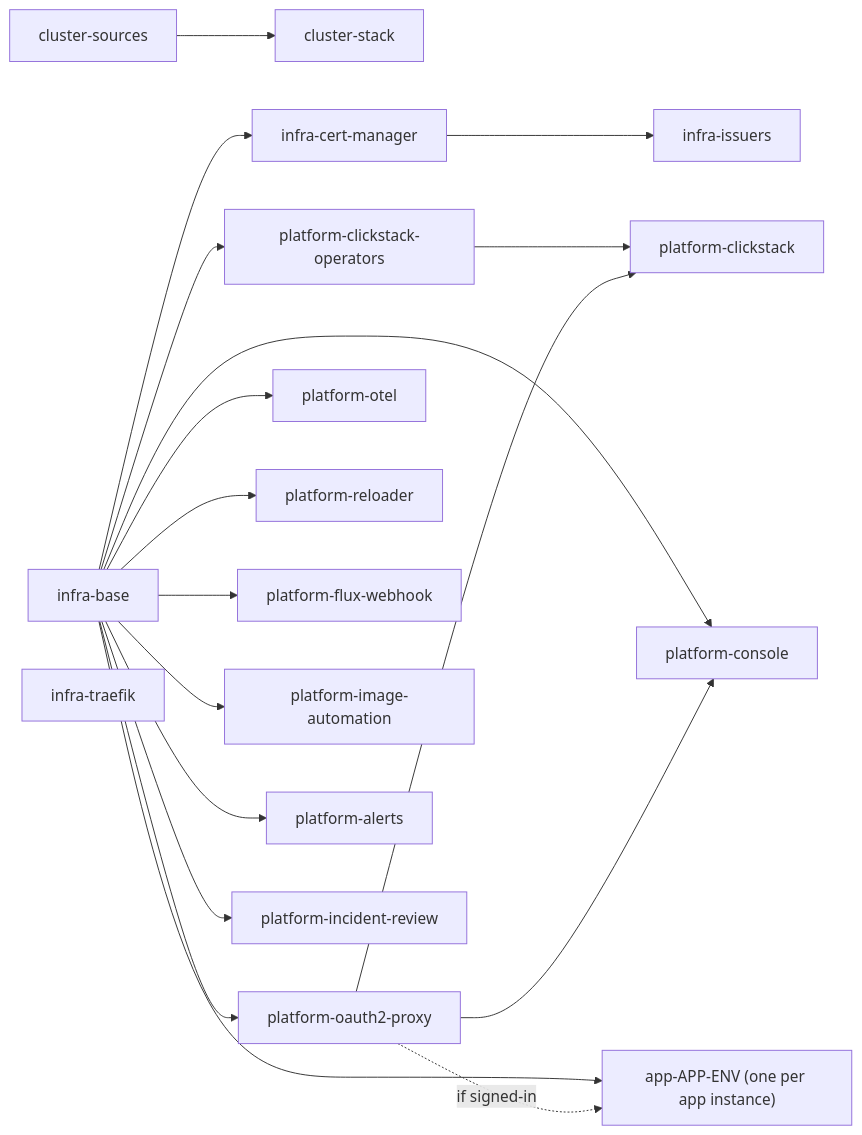
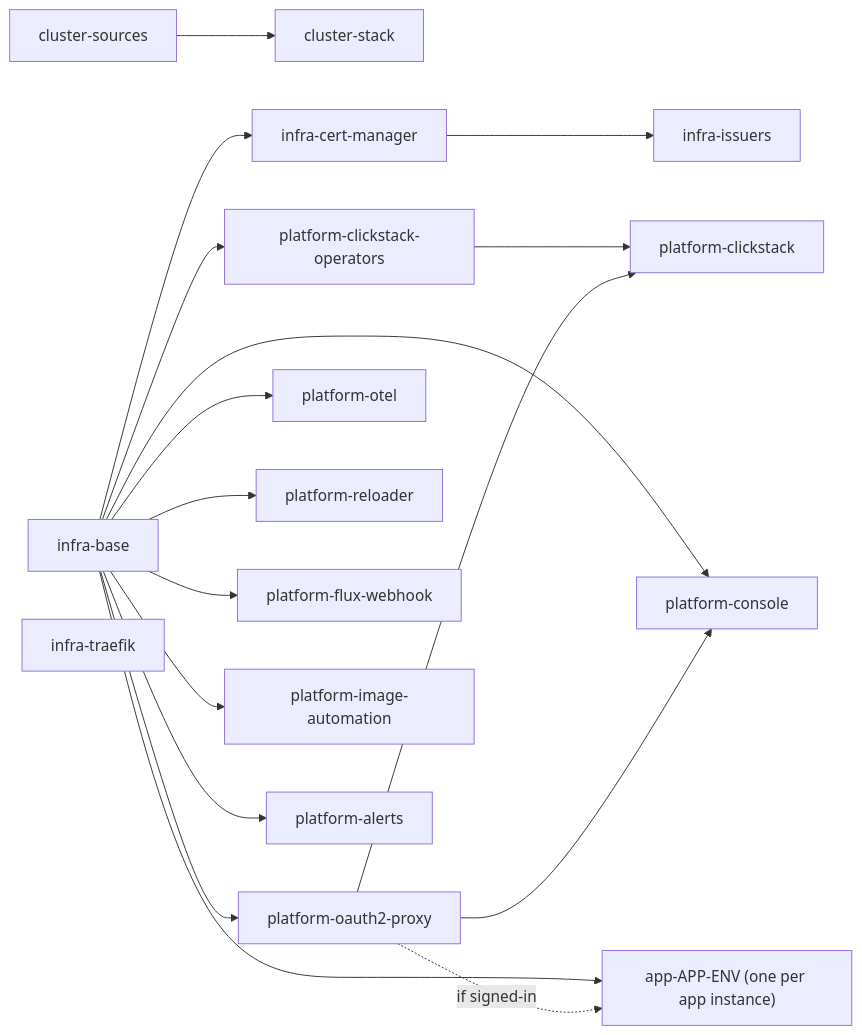
One commit to samclement/swhurl-platform changed the first of 5 diagrams in docs/architecture.md. Above: the diagram before and after it, drawn with Mermaid. The commit also changed other lines of this file and 6 other files, not shown here.

````diff
--- a/docs/architecture.md
+++ b/docs/architecture.md
@@ -32,19 +32,18 @@
 ```mermaid
 flowchart LR
   sources[cluster-sources] --> stack[cluster-stack]
   base[infra-base] --> cm[infra-cert-manager] --> issuers[infra-issuers]
   base --> auth[platform-oauth2-proxy]
   base --> ops[platform-clickstack-operators] --> clickstack[platform-clickstack]
   auth --> clickstack
   base --> otel[platform-otel]
   base --> reloader[platform-reloader]
   base --> webhook[platform-flux-webhook]
   base --> imageauto[platform-image-automation]
   base --> alerts[platform-alerts]
   base --> console[platform-console]
-  base --> review[platform-incident-review]
   auth --> console
   traefik[infra-traefik]
   base --> app["app-APP-ENV (one per app instance)"]
   auth -. if signed-in .-> app
 ```
````
